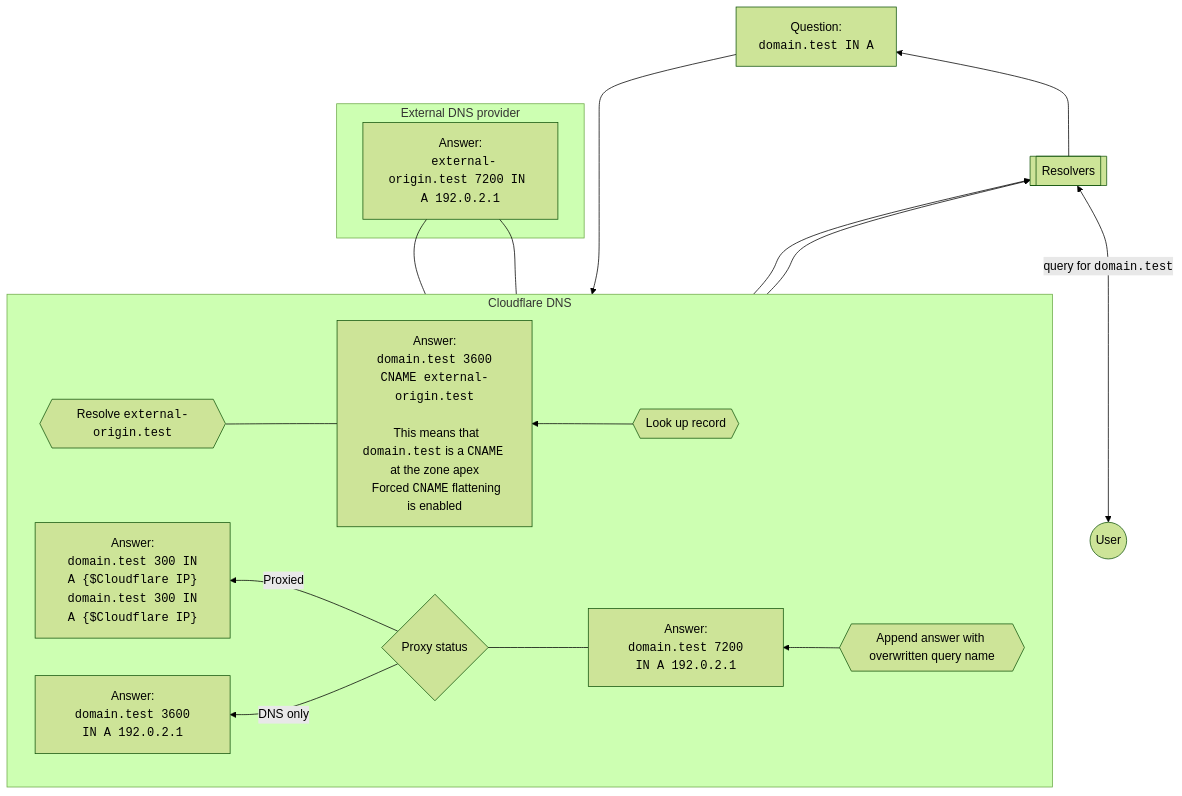
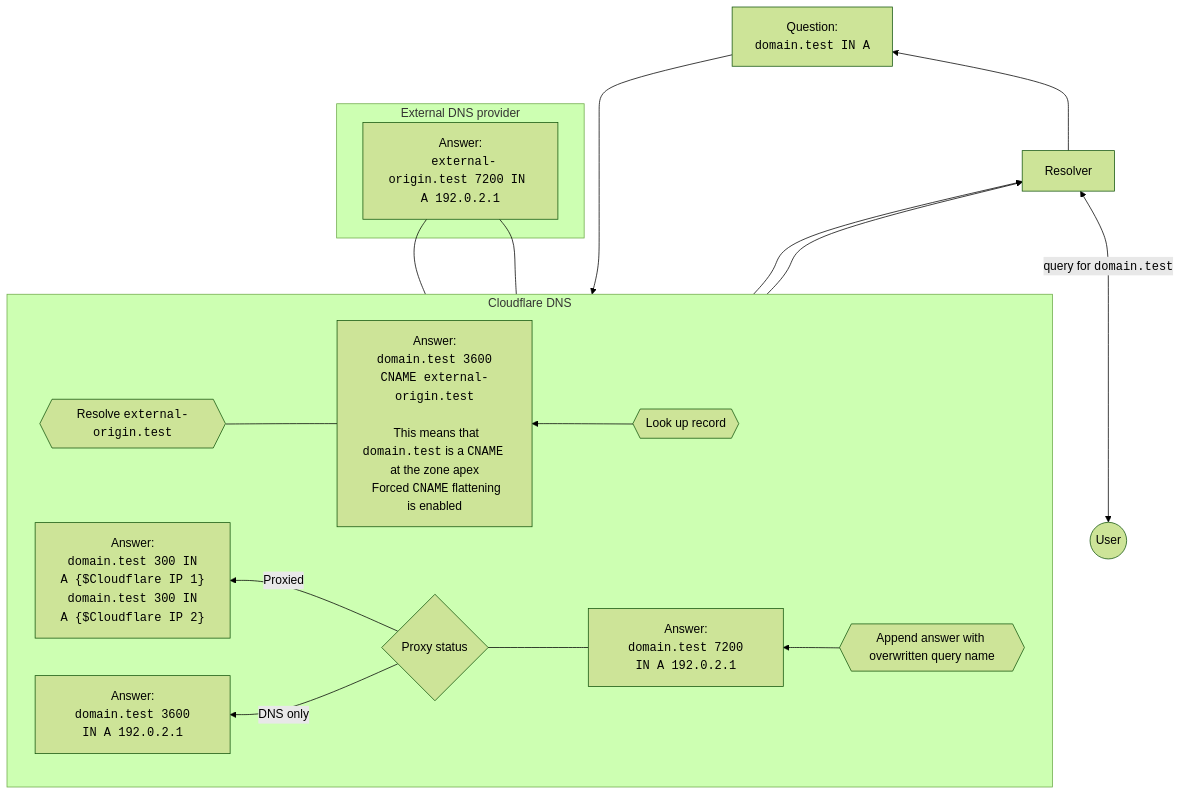
The diagram in content/dns/cname-flattening/cname-flattening-diagram.md (cloudflare/cloudflare-docs), drawn with Mermaid (forest theme) before and after one commit.

Commit message:
clarify different IPs and change resolver to singular

````diff
--- a/content/dns/cname-flattening/cname-flattening-diagram.md
+++ b/content/dns/cname-flattening/cname-flattening-diagram.md
@@ -42,33 +42,33 @@
 ```mermaid
 flowchart BT
 accTitle: CNAME flattening diagram
 accDescr: Diagram of CNAME flattening process when there is a request for a domain in Cloudflare and the zone has a CNAME record at apex that points to an external A record.
-  A((User)) <--query for <code>domain.test</code>--> B[[Resolvers]] --> C
+  A((User)) <--query for <code>domain.test</code>--> B[Resolver] --> C
   C["Question: 
   <code>domain.test IN A</code>"]
  subgraph Y[Cloudflare DNS]
  direction RL
   D{{Look up record}} --> G["Answer:
   <code>domain.test 3600 CNAME external-origin.test</code>
 
   This means that <code>domain.test</code> is a <code>CNAME</code> at the zone apex
   Forced <code>CNAME</code> flattening is enabled"] --- H{{Resolve <code>external-origin.test</code>}}
   K{{Append answer with overwritten query name}} --> L["Answer:
   <code>domain.test 7200 IN A 192.0.2.1</code>"] --- M{Proxy status}
   M --Proxied--> O["Answer:
-  <code>domain.test 300 IN A {$Cloudflare IP}</code>
-  <code>domain.test 300 IN A {$Cloudflare IP}</code>"]
+  <code>domain.test 300 IN A {$Cloudflare IP 1}</code>
+  <code>domain.test 300 IN A {$Cloudflare IP 2}</code>"]
   M --DNS only--> N["Answer:
   <code>domain.test 3600 IN A 192.0.2.1</code>"]
  end
  
  subgraph Z [External DNS provider]
   J["Answer:
   <code>external-origin.test 7200 IN A 192.0.2.1</code>"]
  end
  
  C --> D
  H --- J --- K
  O --> B
  N --> B
 ```
````
